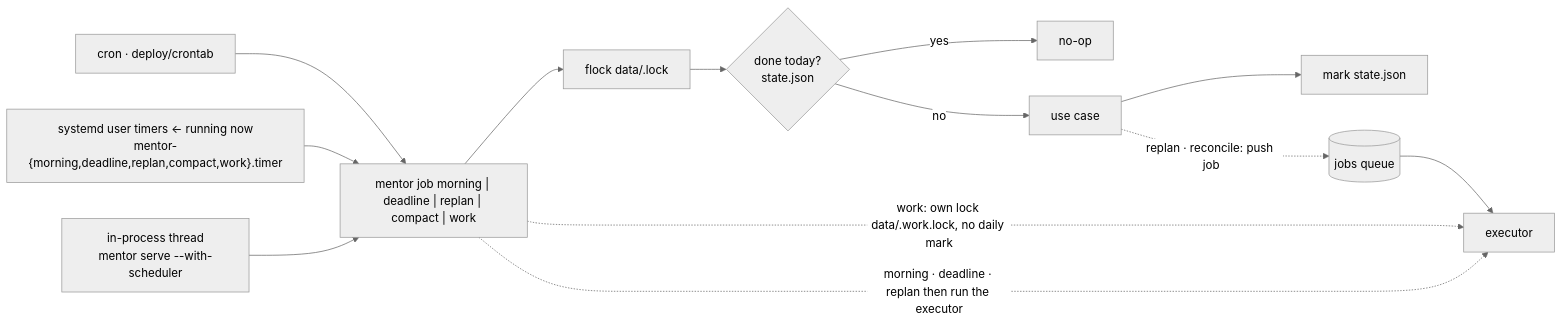
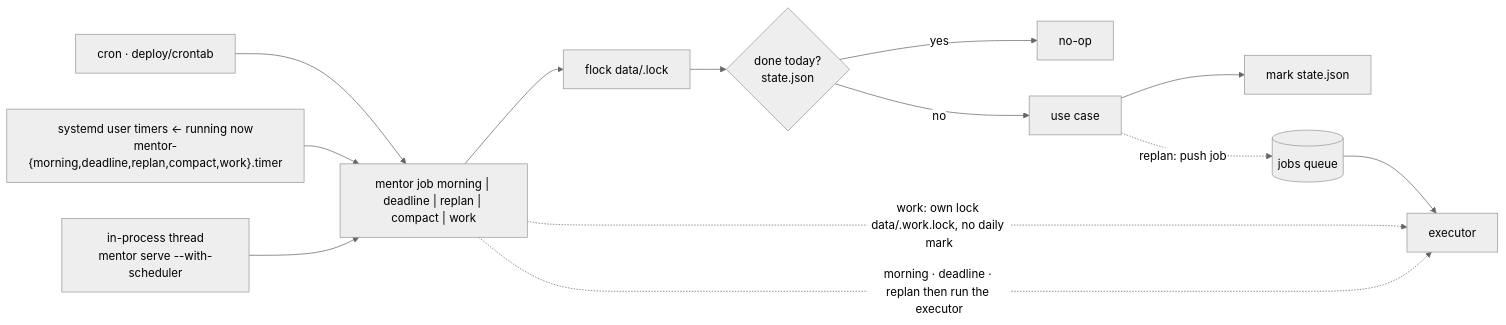
Diagram 12 of 19 in docs/ARCHITECTURE.md (vovka/mentor-bot), drawn with Mermaid (neutral theme) before and after one commit. The commit also changed other lines of this file and 20 other files, not shown here.

````diff
--- a/docs/ARCHITECTURE.md
+++ b/docs/ARCHITECTURE.md
@@ -333,14 +337,14 @@
 ```mermaid
 flowchart LR
   CR[cron · deploy/crontab] --> J
   SD["systemd user timers ← running now<br/>mentor-{morning,deadline,replan,compact,work}.timer"] --> J
   IP["in-process thread<br/>mentor serve --with-scheduler"] --> J
   J["mentor job morning | deadline | replan | compact | work"] --> L[flock data/.lock]
   L --> ID{done today?<br/>state.json}
   ID -- yes --> NO[no-op]
   ID -- no --> RUN[use case] --> MARK[mark state.json]
   J -. "work: own lock data/.work.lock, no daily mark" .-> WL[executor]
-  RUN -. "replan · reconcile: push job" .-> QU[("jobs queue")]
+  RUN -. "replan: push job" .-> QU[("jobs queue")]
   QU --> WL
   J -. "morning · deadline · replan then run the executor" .-> WL
 ```
````
